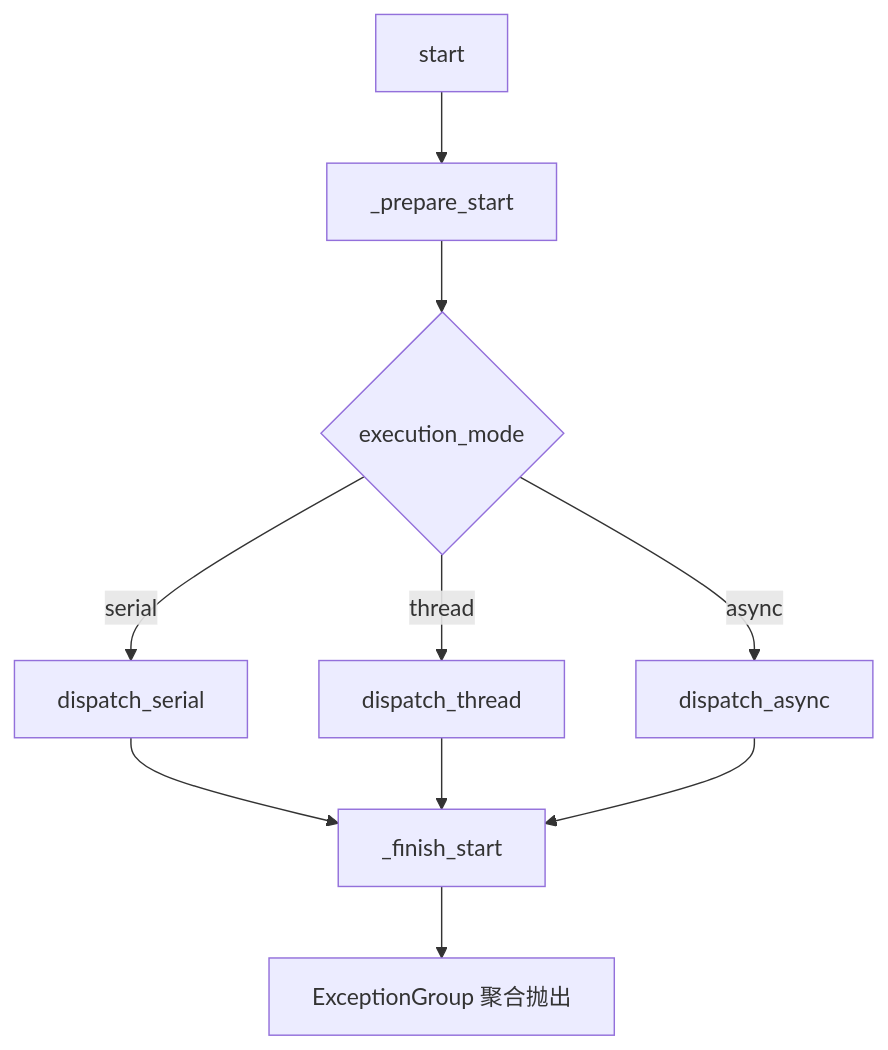
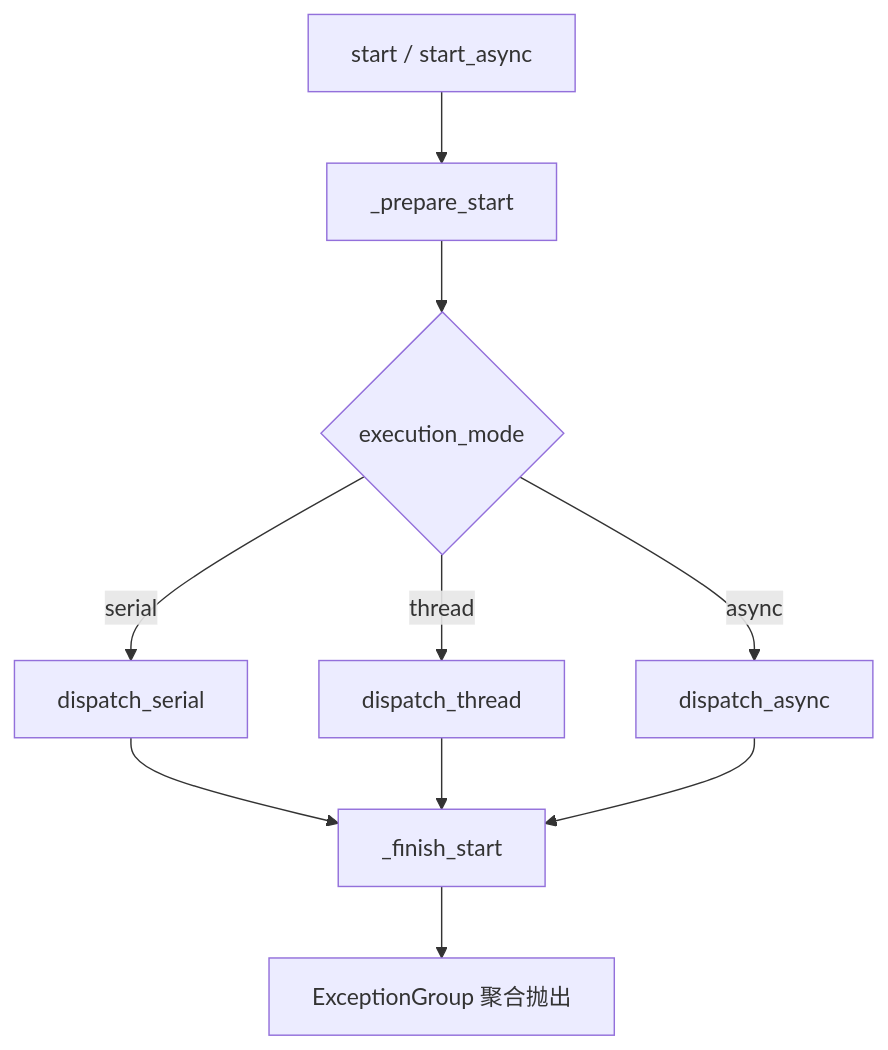
One commit to Mr-xiaotian/CelestialFlow changed the diagram in docs/zh-CN/tests/node/test_node.md. Above: the diagram before and after it, drawn with Mermaid. The commit also changed other lines of this file and 100 other files, not shown here.

````diff
--- a/docs/zh-CN/tests/node/test_node.md
+++ b/docs/zh-CN/tests/node/test_node.md
@@ -42,21 +44,21 @@
 ```mermaid
 flowchart TB
-    Start[start]
+    Start[start / start_async]
     Prep[_prepare_start]
     Mode{execution_mode}
     Serial[dispatch_serial]
     Thread[dispatch_thread]
     Async[dispatch_async]
     Finish[_finish_start]
     Agg[ExceptionGroup 聚合抛出]
 
     Start --> Prep
     Prep --> Mode
     Mode -- serial --> Serial
     Mode -- thread --> Thread
     Mode -- async --> Async
     Serial --> Finish
     Thread --> Finish
     Async --> Finish
     Finish --> Agg
 ```
````
